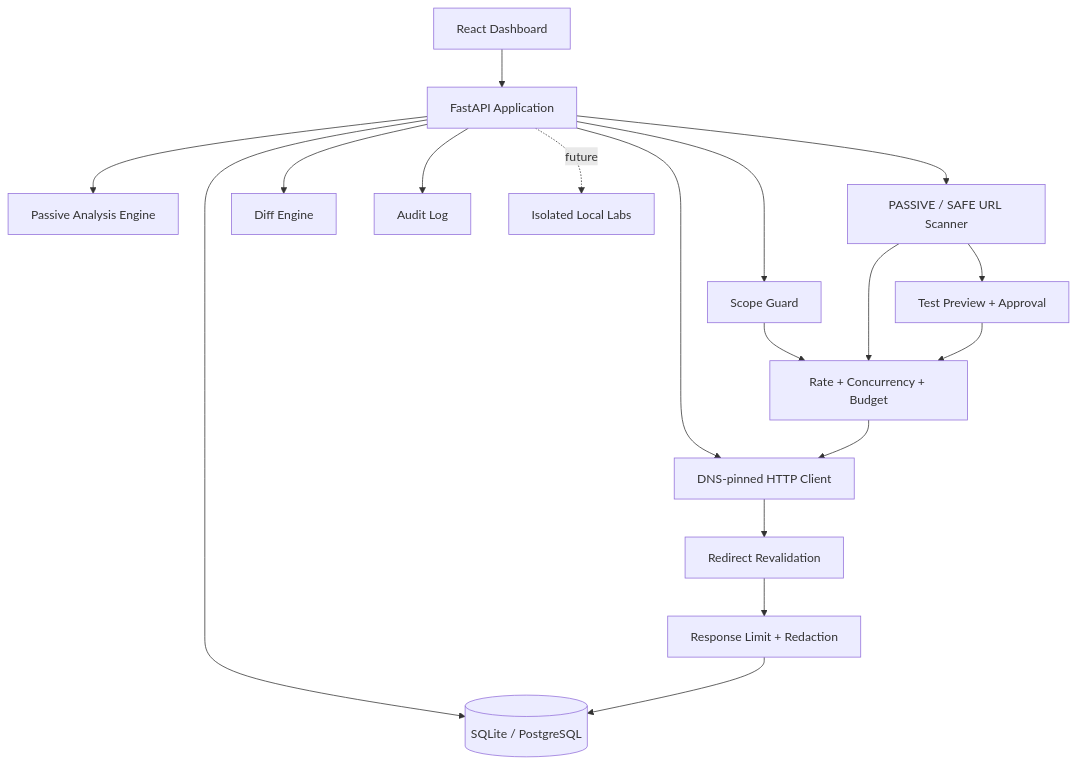
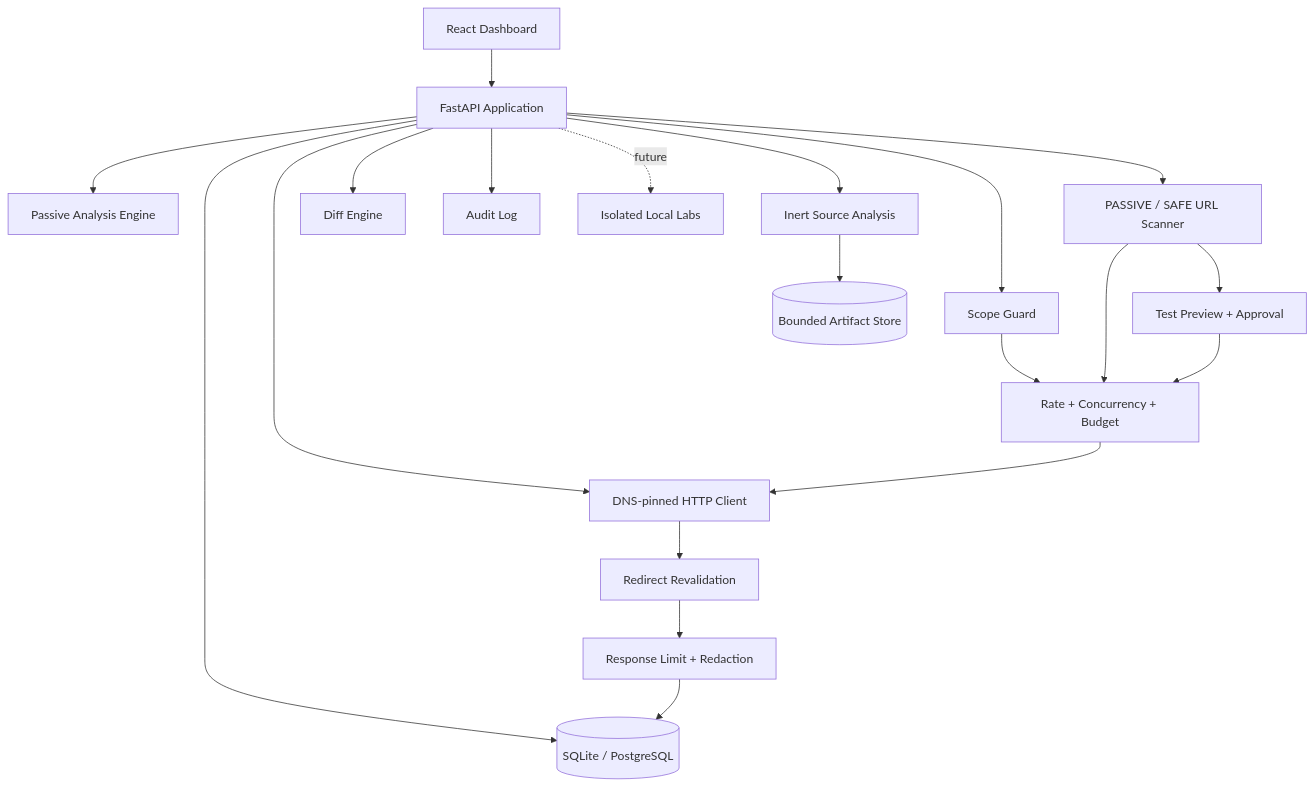
The first of 2 diagrams in README.md (MintKangaroo/WebHacking_Lab), drawn with Mermaid before and after one commit. The commit also changed other lines of this file and 14 other files, not shown here.

Commit message:
docs: document source analysis and refresh screenshots

````diff
--- a/README.md
+++ b/README.md
@@ -155,20 +172,22 @@
 ```mermaid
 flowchart TD
     UI[React Dashboard] --> API[FastAPI Application]
     API --> SG[Scope Guard]
     API --> HC[DNS-pinned HTTP Client]
     API --> AN[Passive Analysis Engine]
     API --> SC[PASSIVE / SAFE URL Scanner]
+    API --> SA[Inert Source Analysis]
     SC --> TP[Test Preview + Approval]
     API --> DF[Diff Engine]
     API --> AU[Audit Log]
     API --> DB[(SQLite / PostgreSQL)]
     SG --> RL[Rate + Concurrency + Budget]
     RL --> HC
     SC --> RL
     TP --> RL
+    SA --> AS[(Bounded Artifact Store)]
     HC --> RG[Redirect Revalidation]
     RG --> RD[Response Limit + Redaction]
     RD --> DB
     API -. future .-> LAB[Isolated Local Labs]
 ```
````
